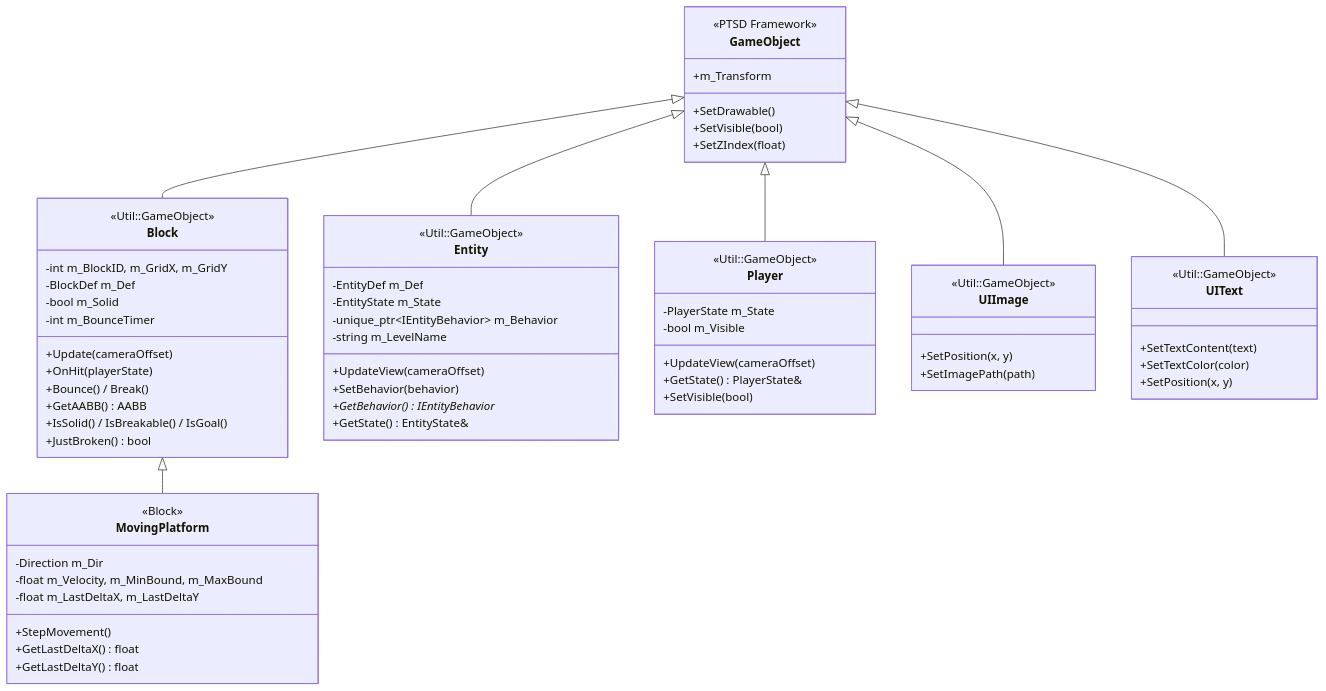
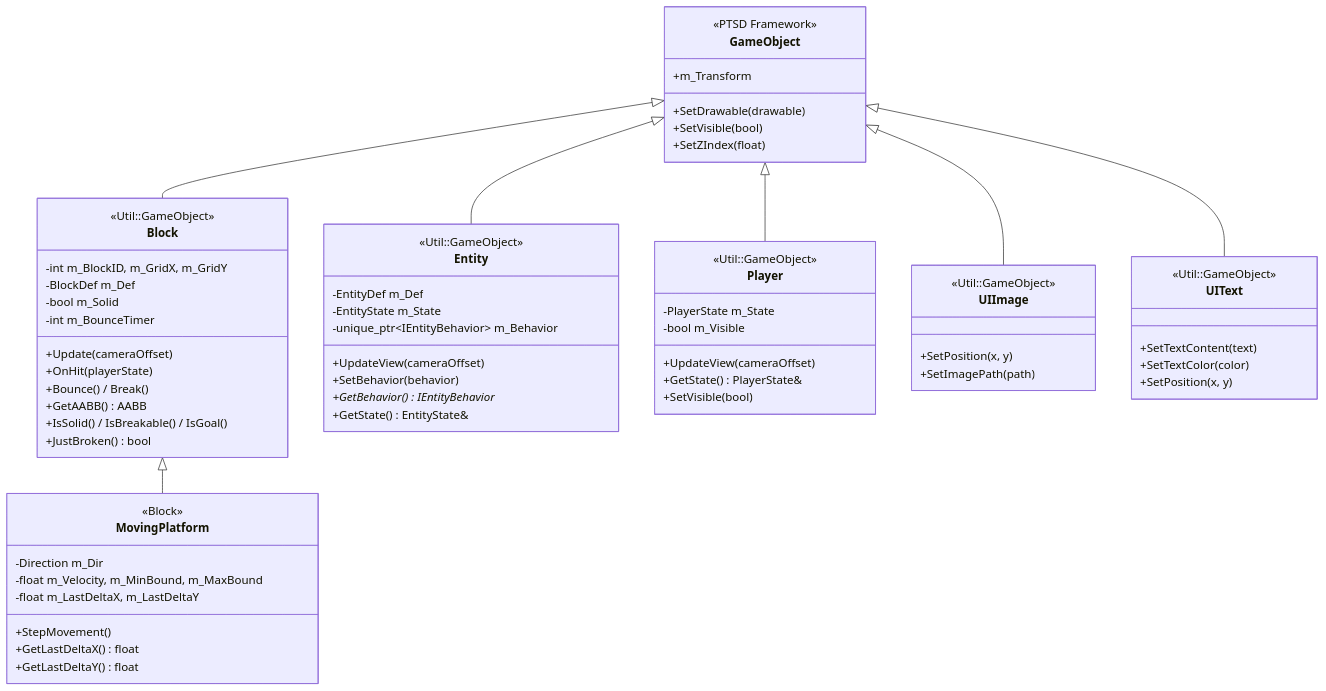
Before and after one commit to Andy87877/NTUT_OOPL_mario: the first of 9 diagrams in Constructure.md, drawn with Mermaid. The commit also changed other lines of this file and 33 other files, not shown here.

````diff
--- a/Constructure.md
+++ b/Constructure.md
@@ -25,77 +44,76 @@
 ```mermaid
 classDiagram
     direction TB
 
     class GameObject {
         <<PTSD Framework>>
-        +SetDrawable()
+        +SetDrawable(drawable)
         +SetVisible(bool)
         +SetZIndex(float)
         +m_Transform
     }
 
     class Block {
         <<Util::GameObject>>
         -int m_BlockID, m_GridX, m_GridY
         -BlockDef m_Def
         -bool m_Solid
         -int m_BounceTimer
         +Update(cameraOffset)
         +OnHit(playerState)
         +Bounce() / Break()
         +GetAABB() AABB
         +IsSolid() / IsBreakable() / IsGoal()
         +JustBroken() bool
     }
 
     class MovingPlatform {
         <<Block>>
         -Direction m_Dir
         -float m_Velocity, m_MinBound, m_MaxBound
         -float m_LastDeltaX, m_LastDeltaY
         +StepMovement()
         +GetLastDeltaX() float
         +GetLastDeltaY() float
     }
 
     class Entity {
         <<Util::GameObject>>
         -EntityDef m_Def
         -EntityState m_State
         -unique_ptr~IEntityBehavior~ m_Behavior
-        -string m_LevelName
         +UpdateView(cameraOffset)
         +SetBehavior(behavior)
         +GetBehavior() IEntityBehavior*
         +GetState() EntityState&
     }
 
     class Player {
         <<Util::GameObject>>
         -PlayerState m_State
         -bool m_Visible
         +UpdateView(cameraOffset)
         +GetState() PlayerState&
         +SetVisible(bool)
     }
 
     class UIImage {
         <<Util::GameObject>>
         +SetPosition(x, y)
         +SetImagePath(path)
     }
 
     class UIText {
         <<Util::GameObject>>
         +SetTextContent(text)
         +SetTextColor(color)
         +SetPosition(x, y)
     }
 
     GameObject <|-- Block
     Block <|-- MovingPlatform
     GameObject <|-- Entity
     GameObject <|-- Player
     GameObject <|-- UIImage
     GameObject <|-- UIText
 ```
````
